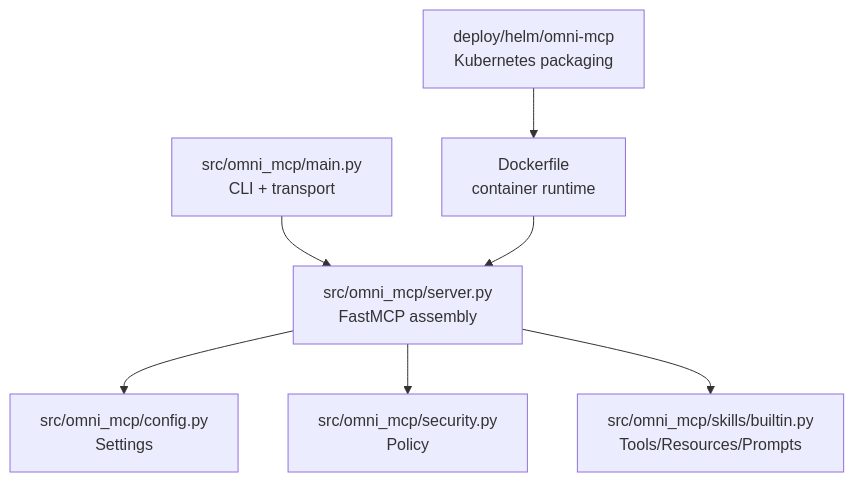
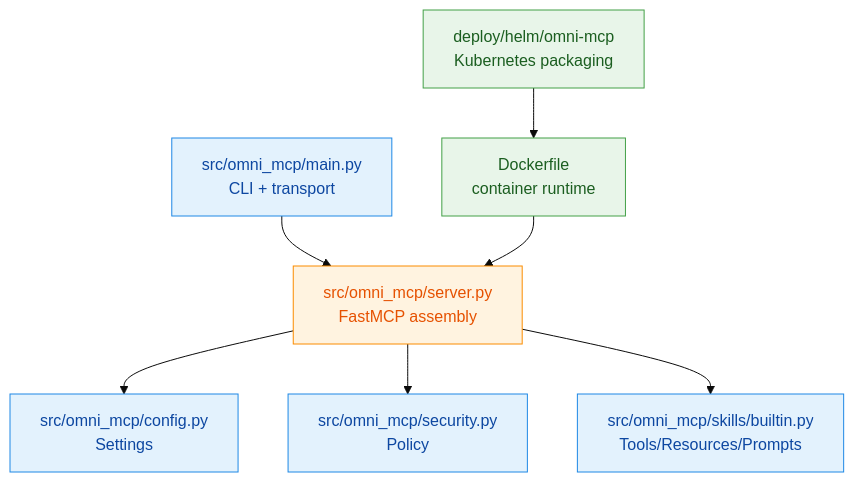
The second of 3 diagrams in docs/ARCHITECTURE.md (cloudsteak/omni-mcp), drawn with Mermaid before and after one commit. The commit also changed other lines of this file and 1 other file, not shown here.

Commit message:
feat: enhance Mermaid diagrams with improved styling and structure

````diff
--- a/docs/ARCHITECTURE.md
+++ b/docs/ARCHITECTURE.md
@@ -37,10 +50,19 @@
 ```mermaid
+%%{init: {"theme": "base"}}%%
 graph TD
     A["src/omni_mcp/main.py<br/>CLI + transport"] --> B["src/omni_mcp/server.py<br/>FastMCP assembly"]
     B --> C["src/omni_mcp/config.py<br/>Settings"]
     B --> D["src/omni_mcp/security.py<br/>Policy"]
     B --> E["src/omni_mcp/skills/builtin.py<br/>Tools/Resources/Prompts"]
 
     F["Dockerfile<br/>container runtime"] --> B
     G["deploy/helm/omni-mcp<br/>Kubernetes packaging"] --> F
+
+    classDef app fill:#E3F2FD,stroke:#1E88E5,color:#0D47A1,stroke-width:1px;
+    classDef core fill:#FFF3E0,stroke:#FB8C00,color:#E65100,stroke-width:1px;
+    classDef deploy fill:#E8F5E9,stroke:#43A047,color:#1B5E20,stroke-width:1px;
+
+    class A,C,D,E app;
+    class B core;
+    class F,G deploy;
 ```
````
